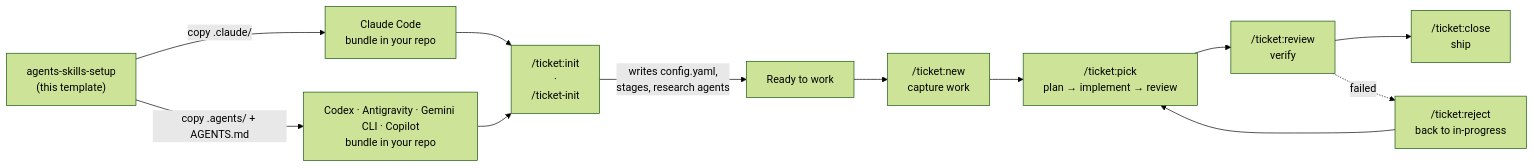
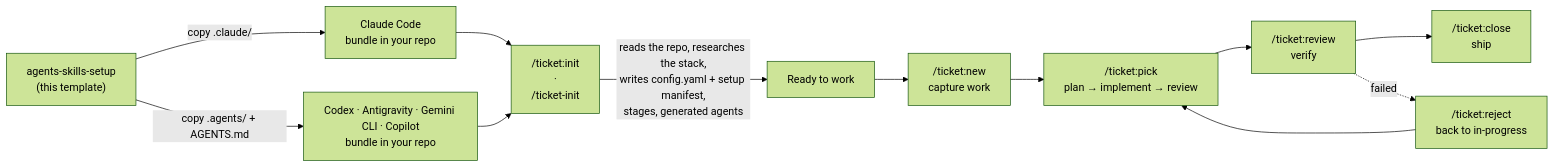
One commit to elmoritz/agents-skills-setup changed the diagram in docs/index.md. Above: the diagram before and after it, drawn with Mermaid (forest theme). The commit also changed other lines of this file and 23 other files, not shown here.

````diff
--- a/docs/index.md
+++ b/docs/index.md
@@ -34,14 +34,14 @@
 ```mermaid
 flowchart LR
     T["agents-skills-setup<br/>(this template)"] -->|copy .claude/| C["Claude Code<br/>bundle in your repo"]
     T -->|copy .agents/ + AGENTS.md| G["Codex · Antigravity · Gemini CLI · Copilot<br/>bundle in your repo"]
     C --> I["/ticket:init<br/>·<br/>/ticket-init"]
     G --> I
-    I -->|writes config.yaml,<br/>stages, research agents| R["Ready to work"]
+    I -->|reads the repo, researches the stack,<br/>writes config.yaml + setup manifest,<br/>stages, generated agents| R["Ready to work"]
     R --> N["/ticket:new<br/>capture work"]
     N --> P["/ticket:pick<br/>plan → implement → review"]
     P --> V["/ticket:review<br/>verify"]
     V --> CL["/ticket:close<br/>ship"]
     V -.->|failed| RJ["/ticket:reject<br/>back to in-progress"]
     RJ --> P
 ```
````
